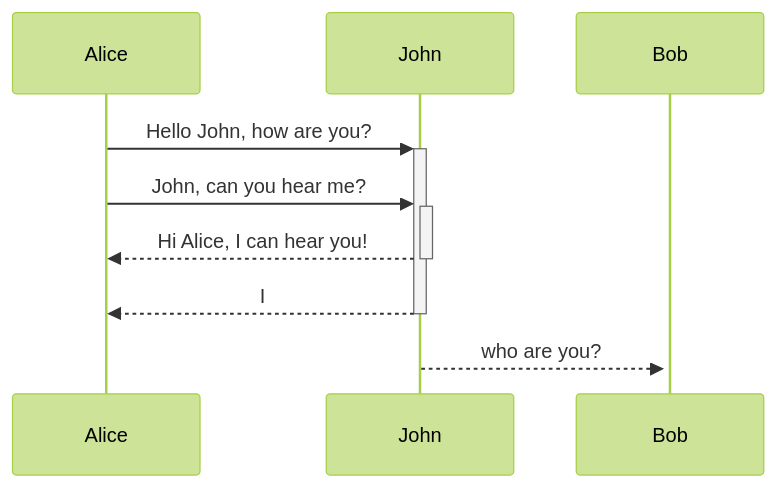
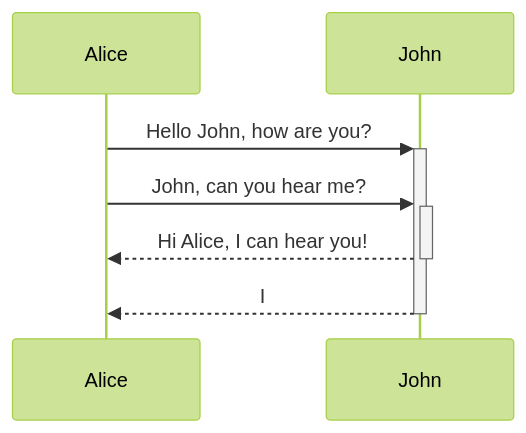
One commit to googlelxhgithub/iodraw-files changed the diagram in all/未命名-3.md. Above: the diagram before and after it, drawn with Mermaid (forest theme).

Commit message:
2024-07-13 11:12:33 update

````diff
--- a/all/未命名-3.md
+++ b/all/未命名-3.md
@@ -1,9 +1,9 @@
 ```mermaid
 sequenceDiagram
     Alice->>+John: Hello John, how are you?
     Alice->>+John: John, can you hear me?
     John-->>-Alice: Hi Alice, I can hear you!
     John-->>-Alice: I
-    John-->>+Bob: who are you?
+  
             
 ```
````
